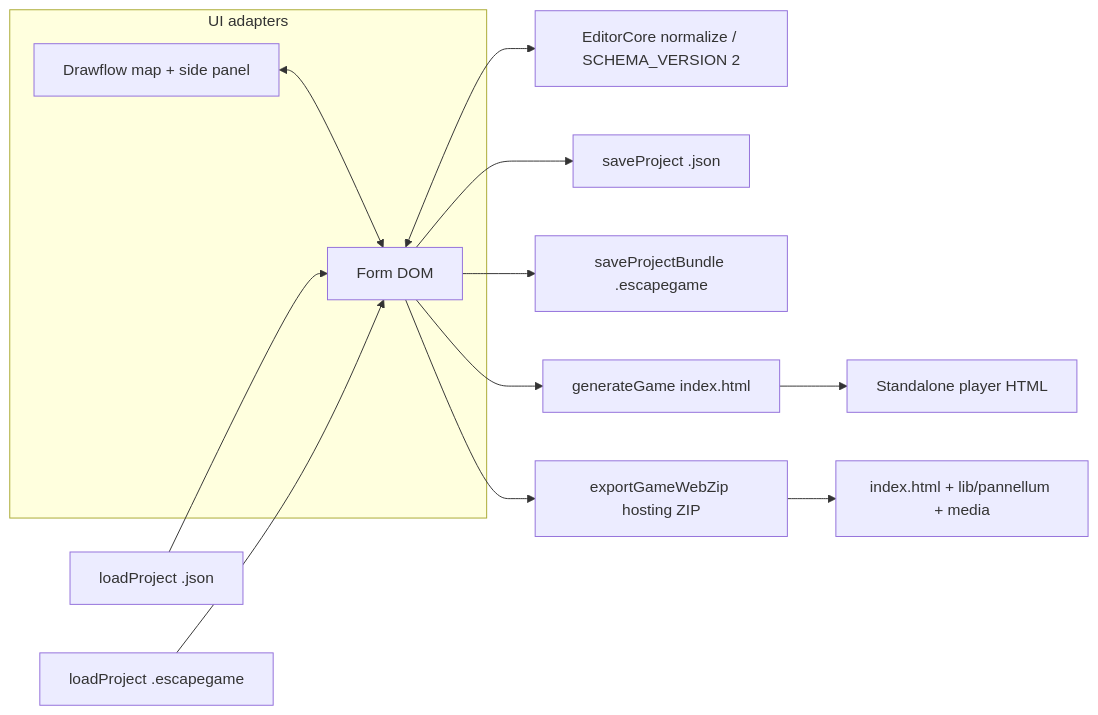
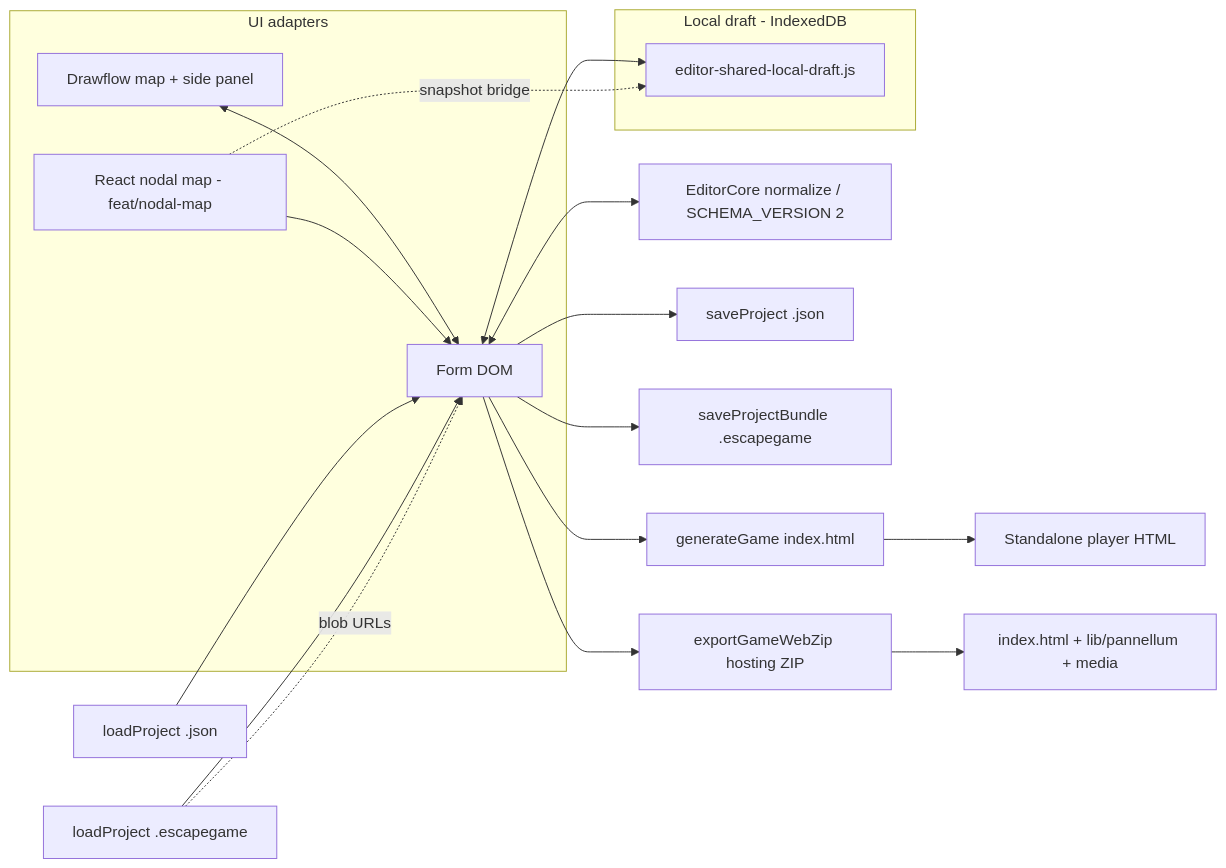
Before and after one commit to MentisVidus/escape-game-360-maker: the first of 4 diagrams in docs/ARCHITECTURE.md, drawn with Mermaid. The commit also changed other lines of this file and 1 other file, not shown here.

First line of the commit message:
docs: PLAN_EDITEUR_NODAL et ARCHITECTURE refletent la nodale livree

````diff
--- a/docs/ARCHITECTURE.md
+++ b/docs/ARCHITECTURE.md
@@ -53,20 +56,29 @@
 ```mermaid
 flowchart LR
   subgraph adapters [UI adapters]
     F[Form DOM]
     M[Drawflow map + side panel]
+    N[React nodal map - feat/nodal-map]
   end
   EC[EditorCore normalize / SCHEMA_VERSION 2]
   F <--> EC
   M <--> F
+  N --> F
+
+  subgraph drafts [Local draft - IndexedDB]
+    DR[editor-shared-local-draft.js]
+  end
+  F <--> DR
+  N -. snapshot bridge .-> DR
 
   F --> SJ[saveProject .json]
   F --> SB[saveProjectBundle .escapegame]
   LJ[loadProject .json] --> F
   LB[loadProject .escapegame] --> F
+  LB -. blob URLs .-> F
 
   F --> GH[generateGame index.html]
   F --> GZ[exportGameWebZip hosting ZIP]
   GH --> P1[Standalone player HTML]
   GZ --> P2[index.html + lib/pannellum + media]
 ```
````
